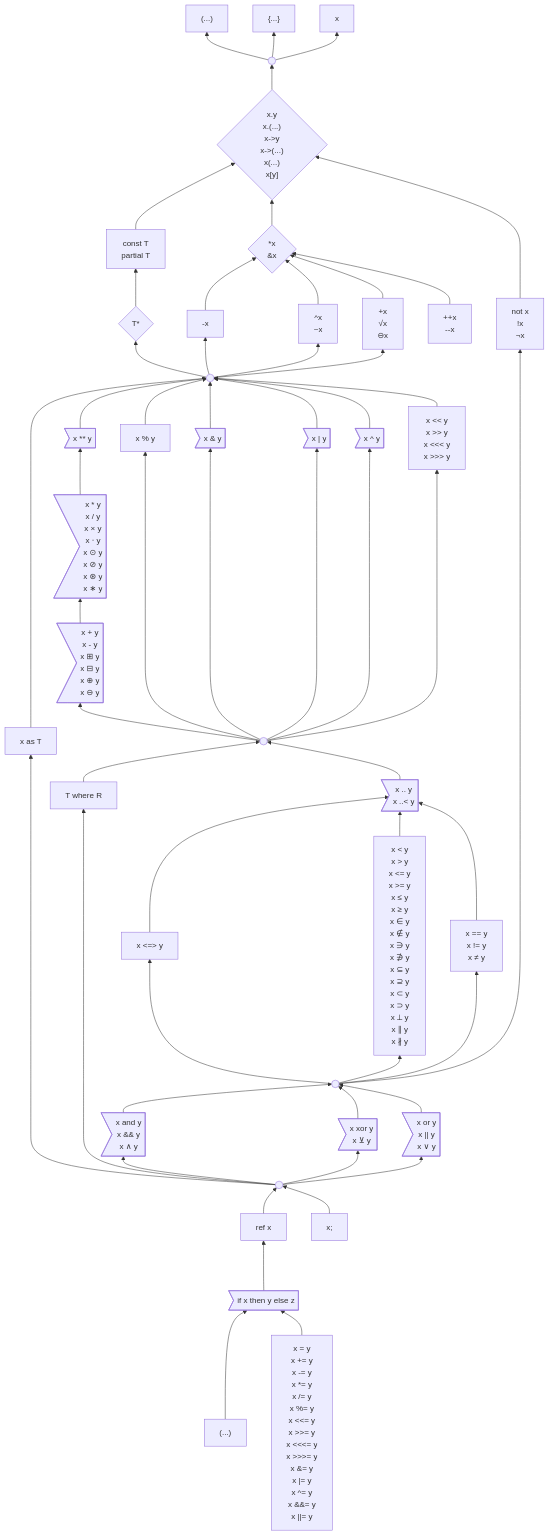
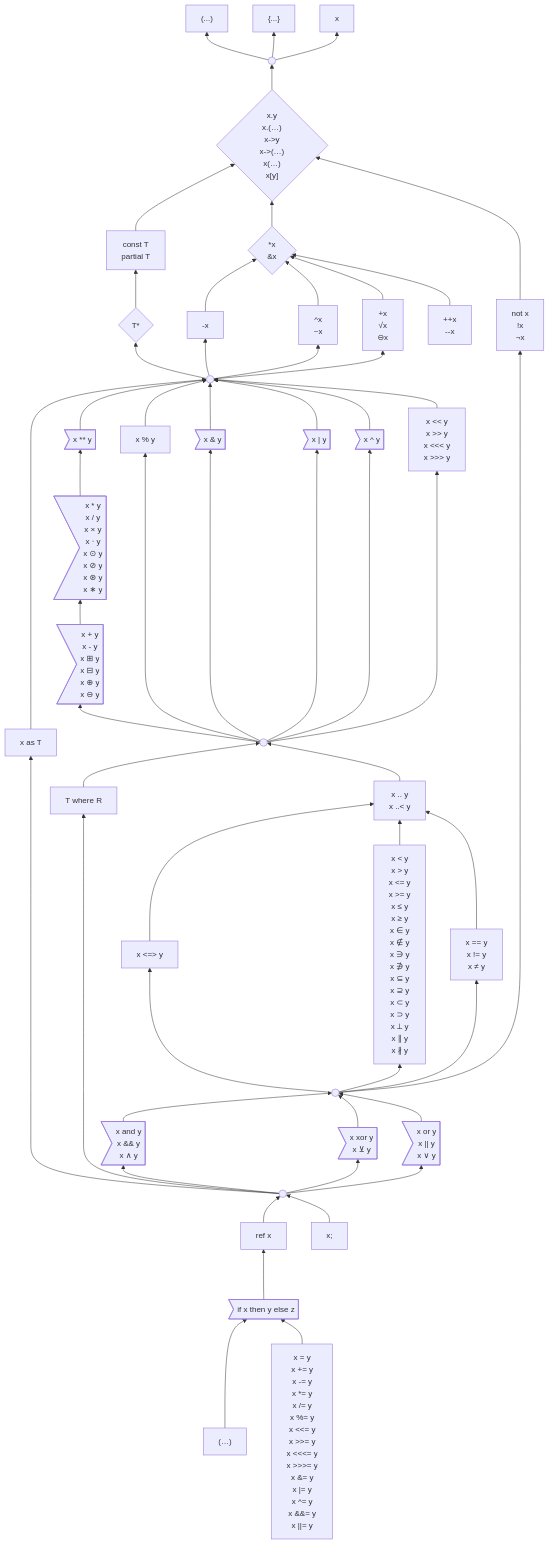
One commit to laro/Cilia changed the diagram in 6 .../2 Unfinished Ideas.md. Above: the diagram before and after it, drawn with Mermaid.

Commit message:
Update 2 Unfinished Ideas.md

```diff
--- a/6 .../2 Unfinished Ideas.md
+++ b/6 .../2 Unfinished Ideas.md
@@ -160,10 +160,10 @@
     top((" "))
 
     suffixOps{"x.y
-               x.(...)
+               x.(…)
                x->y
-               x->(...)
-               x(...)
+               x->(…)
+               x(…)
                x[y]"}
     click suffixOps "https://github.com/carbon-language/carbon-lang/blob/trunk/docs/design/expressions/README.md#suffix-operators"
 
@@ -236,7 +236,7 @@
 
     binaryOps((" "))
 
-    range>"x .. y
+    range["x .. y
            x ..< y"]
 
     where["T where R"]
@@ -294,7 +294,7 @@
     if>"if x then y else z"]
     click if "https://github.com/carbon-language/carbon-lang/blob/trunk/docs/design/expressions/if.md"
 
-    insideParens["(...)"]
+    insideParens["(…)"]
 
     assignment["x = y
                 x += y
```
